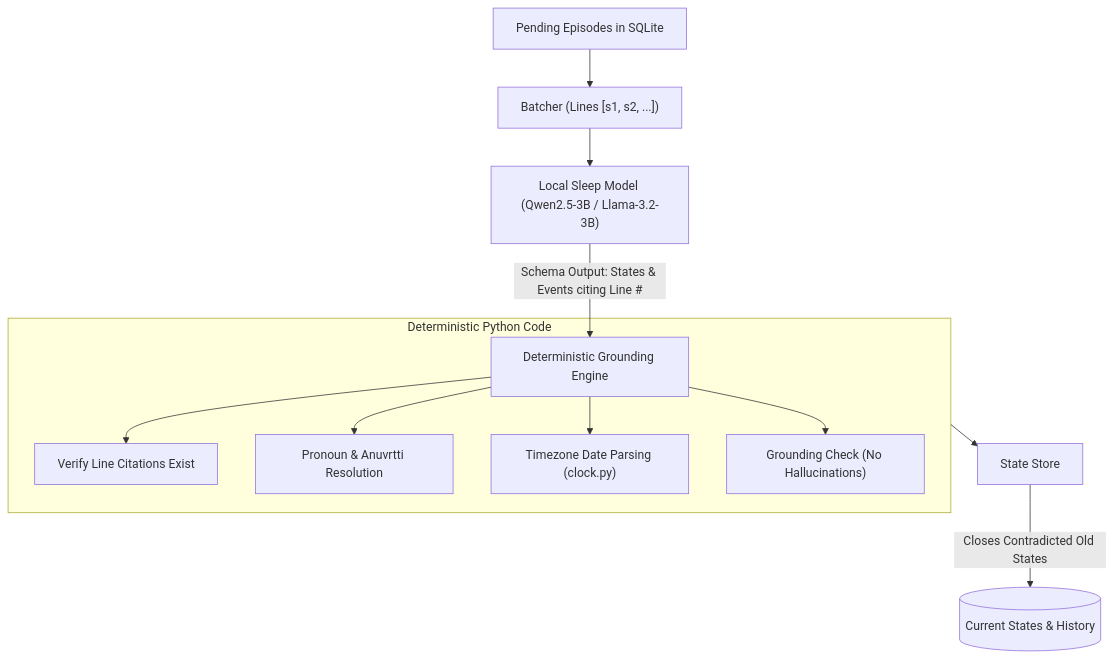
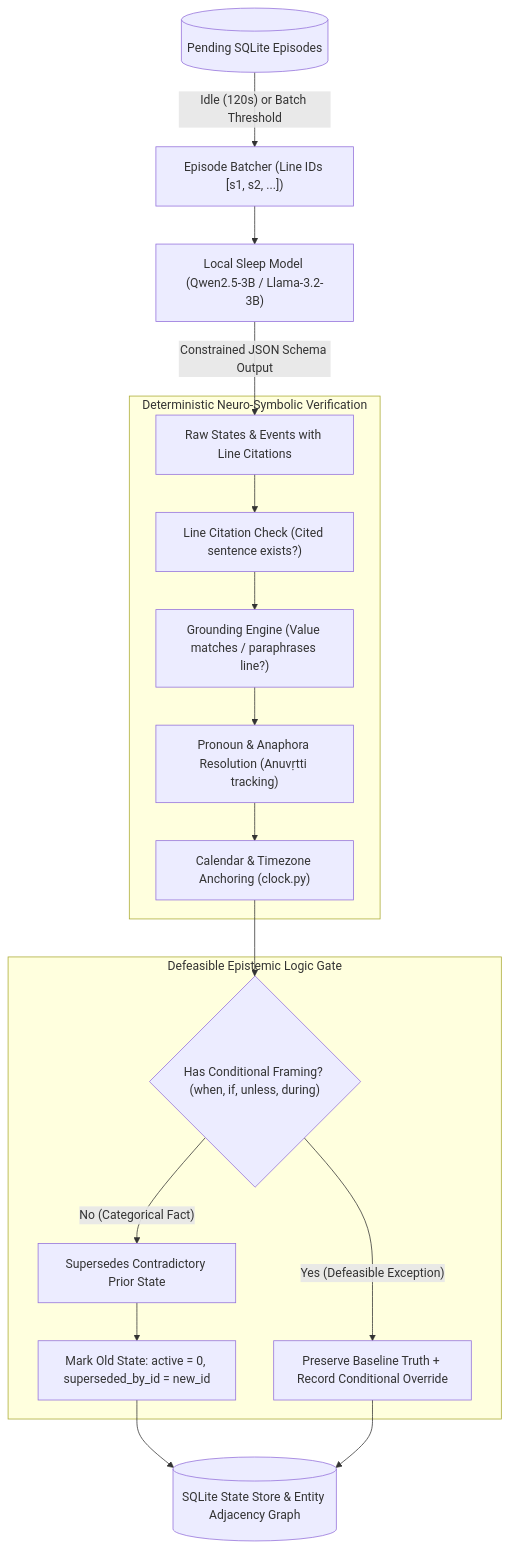
Before and after one commit to wizardwithcodehazard/orma: the second of 2 diagrams in README.md, drawn with Mermaid. The commit also changed other lines of this file, not shown here.

Commit message:
docs(readme): enrich architecture diagrams and add mathematical deep-dive for cognitive retrieval suite

````diff
--- a/README.md
+++ b/README.md
@@ -61,16 +87,23 @@
 ```mermaid
 flowchart TD
-    Pending["Pending Episodes in SQLite"] --> Batcher["Batcher (Lines [s1, s2, ...])"]
-    Batcher --> LocalLLM["Local Sleep Model (Qwen2.5-3B / Llama-3.2-3B)"]
-    LocalLLM -->|"Schema Output: States & Events citing Line #"| Validator["Deterministic Grounding Engine"]
-    
-    subgraph Verification ["Deterministic Python Code"]
-        Validator --> V1["Verify Line Citations Exist"]
-        Validator --> V2["Pronoun & Anuvrtti Resolution"]
-        Validator --> V3["Timezone Date Parsing (clock.py)"]
-        Validator --> V4["Grounding Check (No Hallucinations)"]
+    EpisodicLog[("Pending SQLite Episodes")] -->|"Idle (120s) or Batch Threshold"| Batcher["Episode Batcher (Line IDs [s1, s2, ...])"]
+    Batcher --> SleepLLM["Local Sleep Model (Qwen2.5-3B / Llama-3.2-3B)"]
+    SleepLLM -->|"Constrained JSON Schema Output"| RawExtraction["Raw States & Events with Line Citations"]
+
+    subgraph DeterministicVerification ["Deterministic Neuro-Symbolic Verification"]
+        RawExtraction --> V1["Line Citation Check (Cited sentence exists?)"]
+        V1 --> V2["Grounding Engine (Value matches / paraphrases line?)"]
+        V2 --> V3["Pronoun & Anaphora Resolution (Anuvṛtti tracking)"]
+        V3 --> V4["Calendar & Timezone Anchoring (clock.py)"]
     end
 
-    Verification --> Integrator["State Store"]
-    Integrator -->|"Closes Contradicted Old States"| ActiveStates[("Current States & History")]
+    subgraph DefeasibleLogic ["Defeasible Epistemic Logic Gate"]
+        V4 --> FrameCheck{"Has Conditional Framing? (when, if, unless, during)"}
+        FrameCheck -->|"No (Categorical Fact)"| Categorical["Supersedes Contradictory Prior State"]
+        Categorical --> CloseOld["Mark Old State: active = 0, superseded_by_id = new_id"]
+        FrameCheck -->|"Yes (Defeasible Exception)"| Defeasible["Preserve Baseline Truth + Record Conditional Override"]
+    end
+
+    CloseOld --> Store[("SQLite State Store & Entity Adjacency Graph")]
+    Defeasible --> Store
 ```
````
